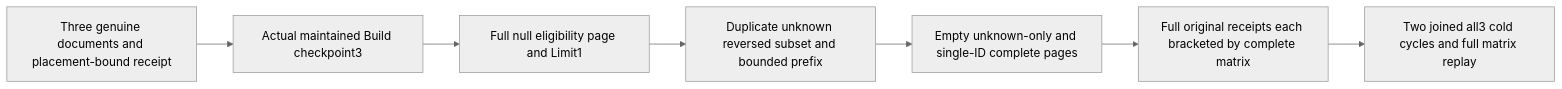
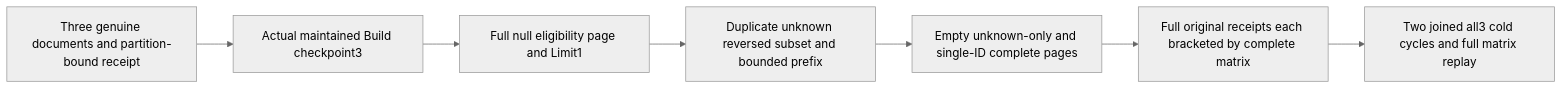
One commit to managedcode/KeyLoad changed the diagram in docs/Features/Search/NativeTextSelectedFilterPublic.md. Above: the diagram before and after it, drawn with Mermaid (neutral theme). The commit also changed other lines of this file and 7356 other files, not shown here.

````diff
--- a/docs/Features/Search/NativeTextSelectedFilterPublic.md
+++ b/docs/Features/Search/NativeTextSelectedFilterPublic.md
@@ -11,9 +11,9 @@
 ```mermaid
 flowchart LR
- A[Three genuine documents and placement-bound receipt] --> B[Actual maintained Build checkpoint3]
+ A[Three genuine documents and partition-bound receipt] --> B[Actual maintained Build checkpoint3]
  B --> C[Full null eligibility page and Limit1]
  C --> D[Duplicate unknown reversed subset and bounded prefix]
  D --> E[Empty unknown-only and single-ID complete pages]
  E --> F[Full original receipts each bracketed by complete matrix]
  F --> G[Two joined all3 cold cycles and full matrix replay]
 ```
````
